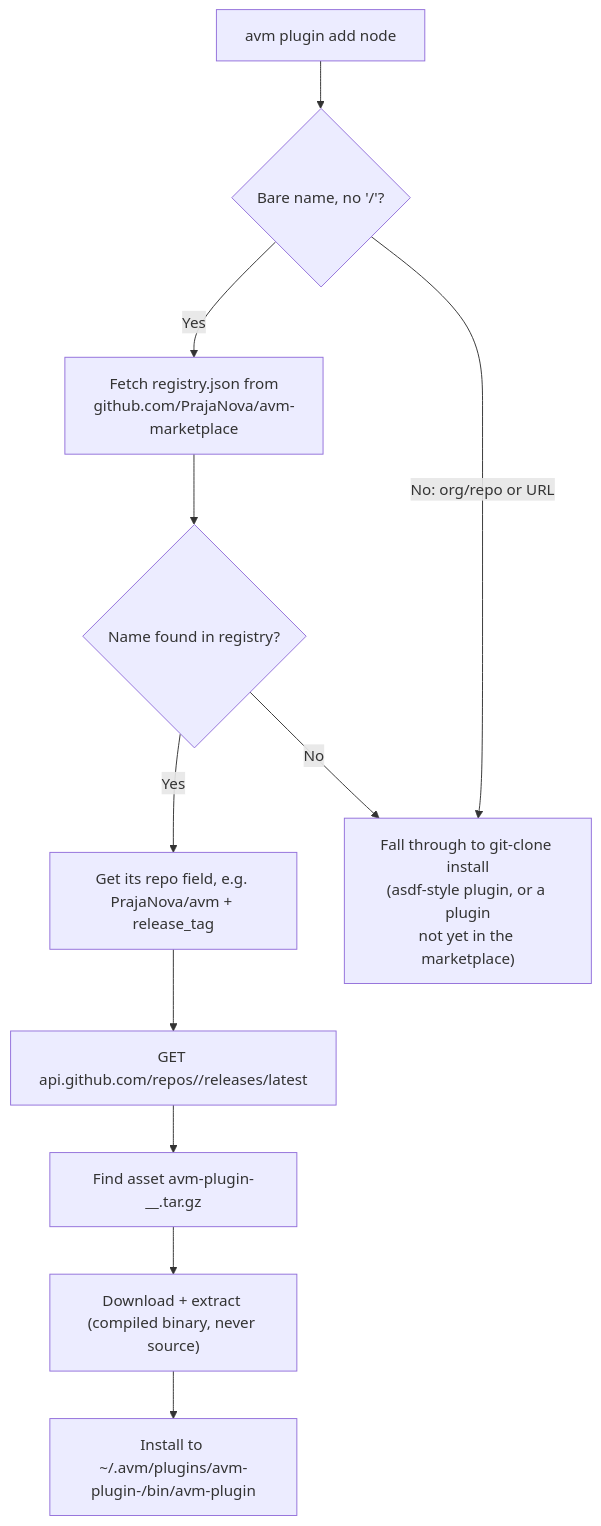
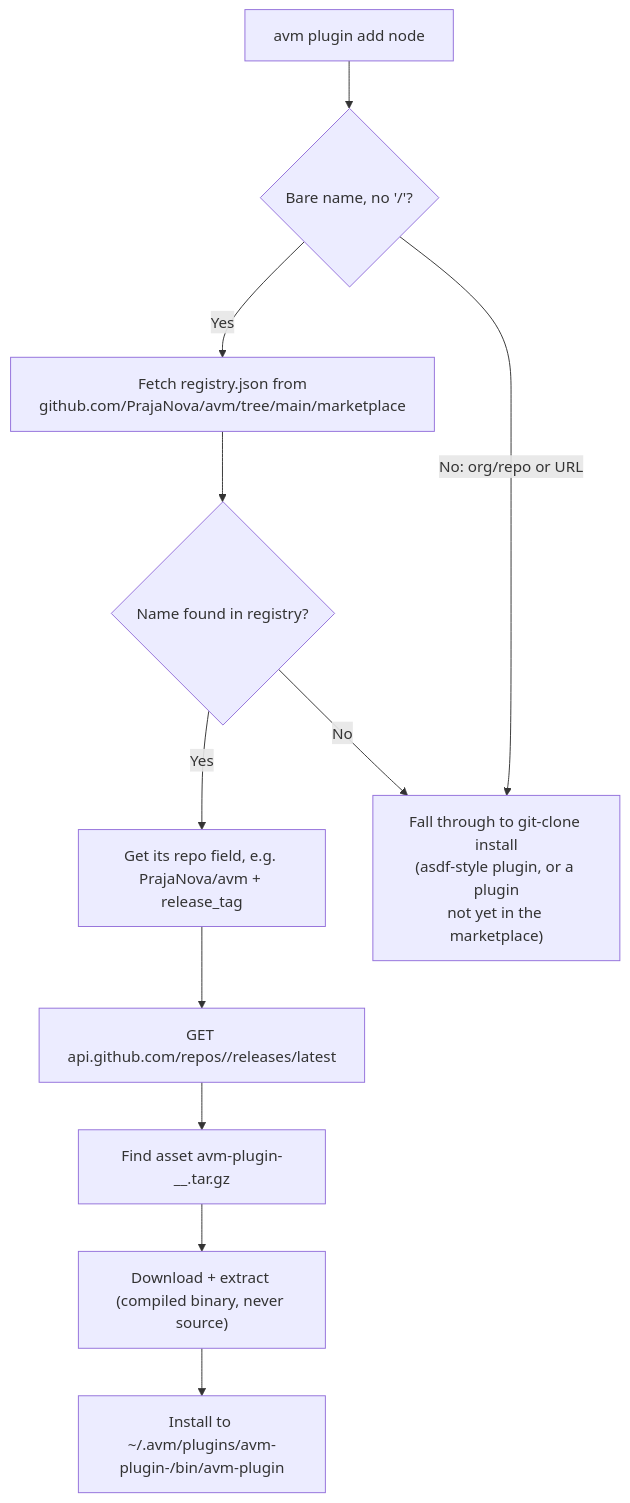
The diagram in docs/architecture/ARCHITECTURE.md (PrajaNova/avm), drawn with Mermaid before and after one commit. The commit also changed 41 other files, not shown here.

````diff
--- a/docs/architecture/ARCHITECTURE.md
+++ b/docs/architecture/ARCHITECTURE.md
@@ -42,13 +42,13 @@
 ```mermaid
 flowchart TD
   A["avm plugin add node"] --> B{"Bare name, no '/'?"}
-  B -->|Yes| C["Fetch registry.json from\ngithub.com/PrajaNova/avm-marketplace"]
+  B -->|Yes| C["Fetch registry.json from\ngithub.com/PrajaNova/avm/tree/main/marketplace"]
   C --> D{"Name found in registry?"}
   D -->|Yes| E["Get its repo field, e.g. PrajaNova/avm + release_tag"]
   D -->|No| F["Fall through to git-clone install\n(asdf-style plugin, or a plugin\nnot yet in the marketplace)"]
   B -->|No: org/repo or URL| F
   E --> G["GET api.github.com/repos/<repo>/releases/latest"]
   G --> H["Find asset avm-plugin-<name>_<os>_<arch>.tar.gz"]
   H --> I["Download + extract (compiled binary, never source)"]
   I --> J["Install to ~/.avm/plugins/avm-plugin-<name>/bin/avm-plugin"]
 ```
````
